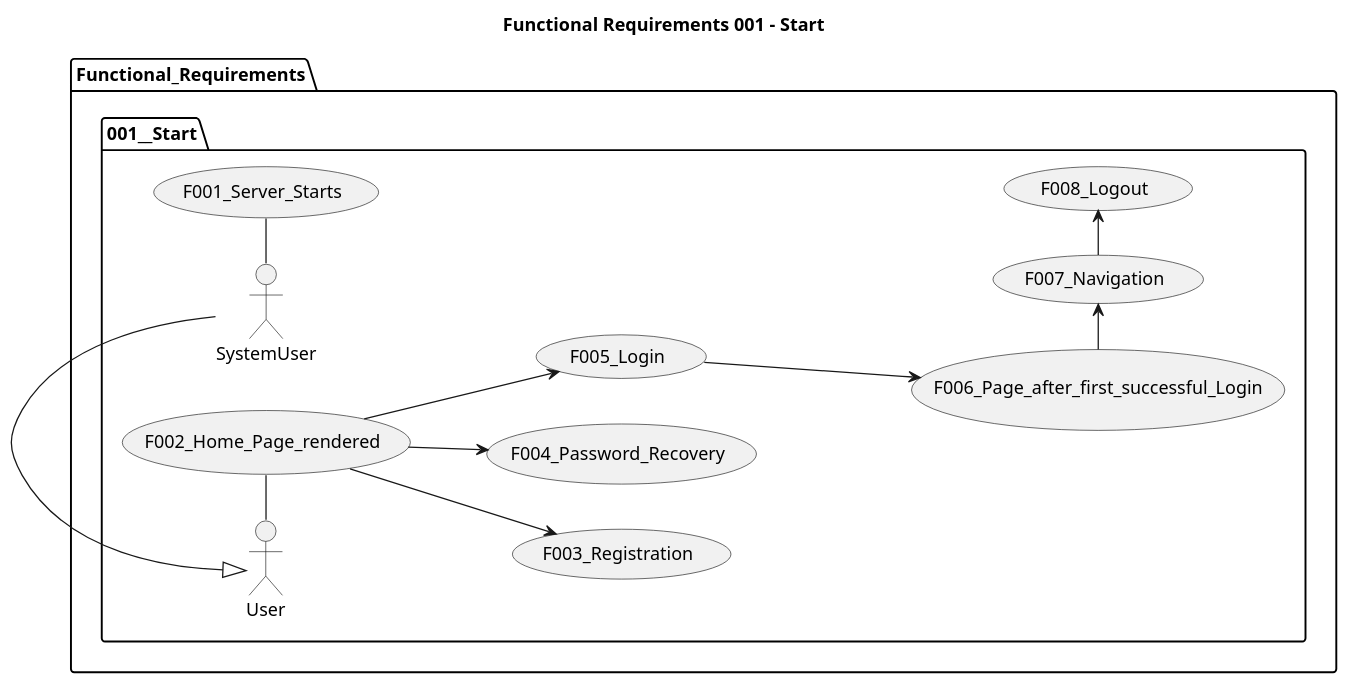
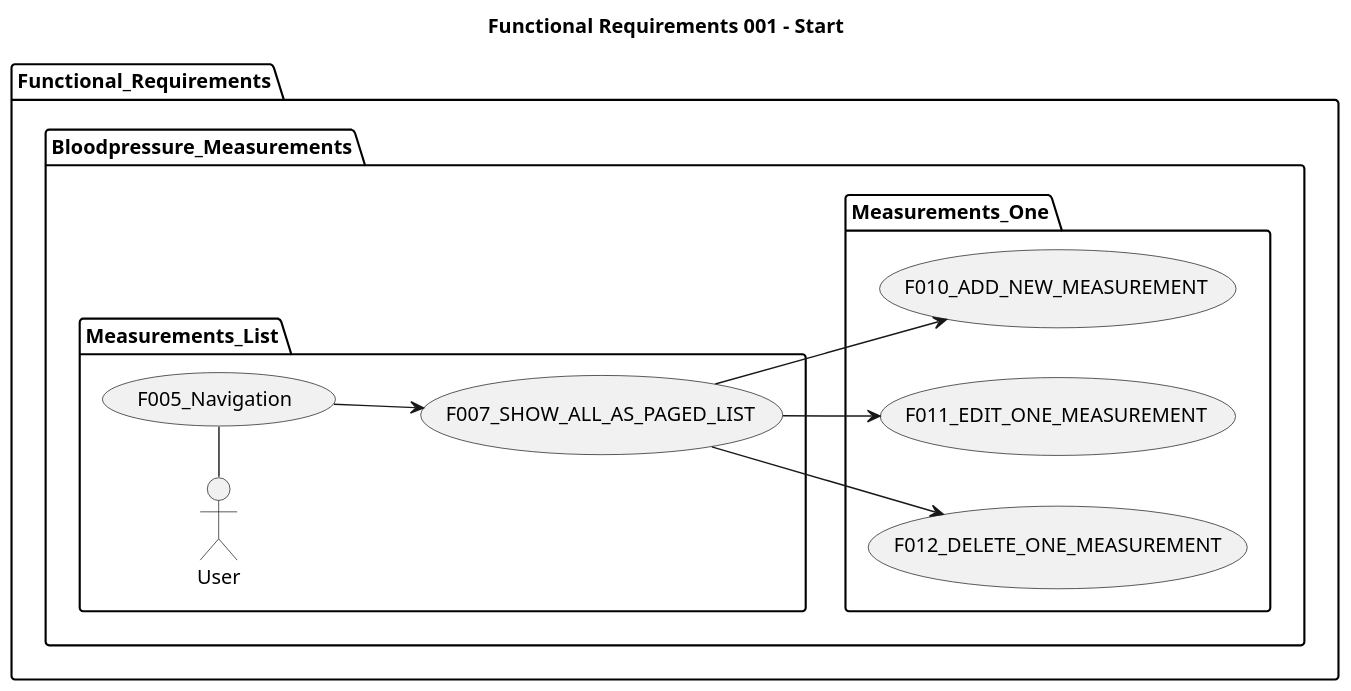
One commit to BloodMoneyApp/bloodmoney changed the diagram in src/main/plantuml/Bloodmoney__Use_Cases__002__Bloodpressure_Measurements.puml. Above: the diagram before and after it, drawn with PlantUML. The commit also changed 4 other files, not shown here.

Commit message:
documentation: class structure to UML

```diff
--- a/src/main/plantuml/Bloodmoney__Use_Cases__002__Bloodpressure_Measurements.puml
+++ b/src/main/plantuml/Bloodmoney__Use_Cases__002__Bloodpressure_Measurements.puml
@@ -1,28 +1,27 @@
 @startuml
 
 title Functional Requirements 001 - Start
 
 left to right direction
 'top to bottom direction
 
 'https://plantuml.com/use-case-diagram
 
 scale 1200 width
 
 package Functional_Requirements {
 
-  package 001__Start {
-    SystemUser - (F001_Server_Starts)
-    User - (F002_Home_Page_rendered)
-    (F002_Home_Page_rendered) --> (F003_Registration)
-    (F002_Home_Page_rendered) --> (F004_Password_Recovery)
-    (F002_Home_Page_rendered) --> (F005_Login)
-    (F005_Login) ---> (F006_Page_after_first_successful_Login)
-    (F006_Page_after_first_successful_Login) -> (F007_Navigation)
-    (F007_Navigation) -> (F008_Logout)
+  package Bloodpressure_Measurements {
 
-    User <|- SystemUser
-  }
-
+      package Measurements_List {
+            User - (F005_Navigation)
+            (F005_Navigation) --> (F007_SHOW_ALL_AS_PAGED_LIST)
+      }
+      package Measurements_One {
+          (F007_SHOW_ALL_AS_PAGED_LIST) --> (F010_ADD_NEW_MEASUREMENT)
+          (F007_SHOW_ALL_AS_PAGED_LIST) --> (F011_EDIT_ONE_MEASUREMENT)
+          (F007_SHOW_ALL_AS_PAGED_LIST) --> (F012_DELETE_ONE_MEASUREMENT)
+      }
+    }
 }
 @enduml
```
